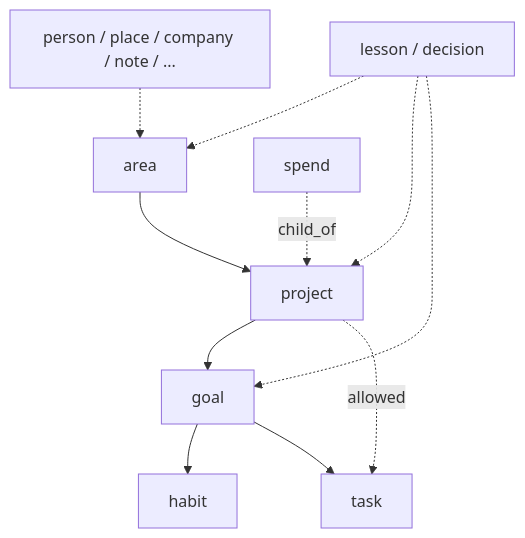
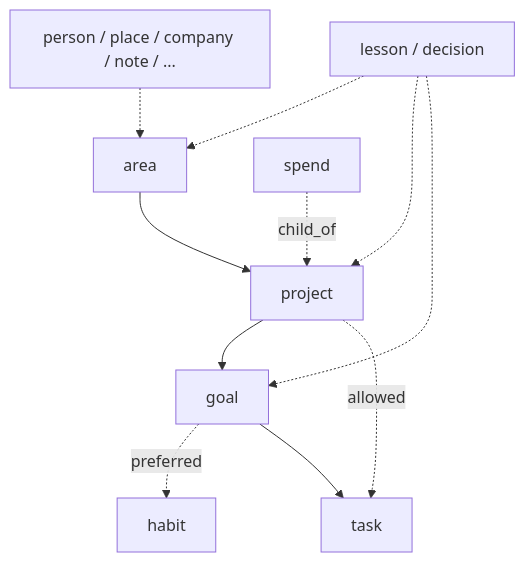
One commit to dgraziosi/foundation changed the fourth of 11 diagrams in docs/ARCHITECTURE.md. Above: the diagram before and after it, drawn with Mermaid. The commit also changed other lines of this file and 11 other files, not shown here.

First line of the commit message:
Prefer habit under a goal; do not require a parent.

````diff
--- a/docs/ARCHITECTURE.md
+++ b/docs/ARCHITECTURE.md
@@ -97,25 +97,25 @@
 ```mermaid
 flowchart TB
   area["area"]
   project["project"]
   goal["goal"]
   habit["habit"]
   task["task"]
 
   area --> project
   project --> goal
-  goal --> habit
+  goal -.->|"preferred"| habit
   goal --> task
   project -.->|"allowed"| task
 
   hang["lesson / decision"]
   hang -.-> area
   hang -.-> project
   hang -.-> goal
 
   spend["spend"]
   spend -.->|"child_of"| project
 
   beside["person / place / company / note / ..."]
   beside -.-> area
 ```
````
